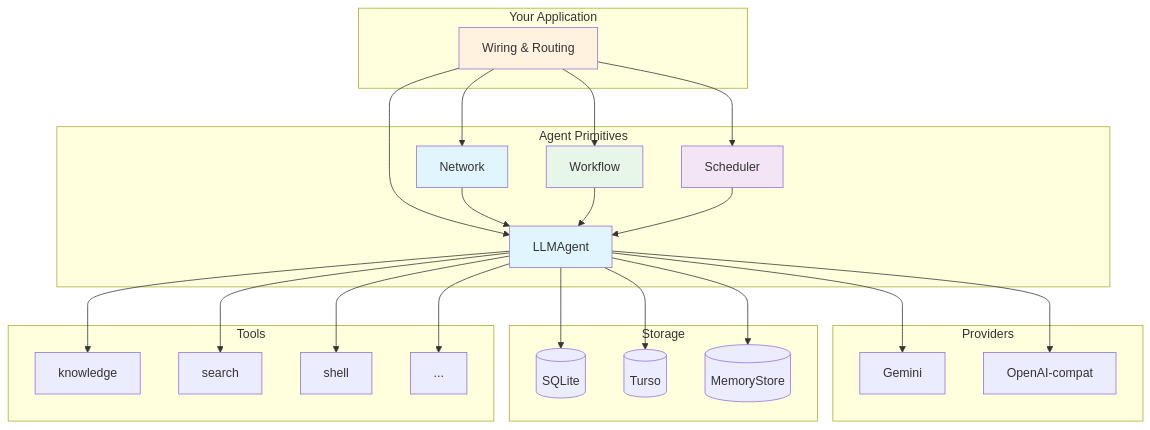
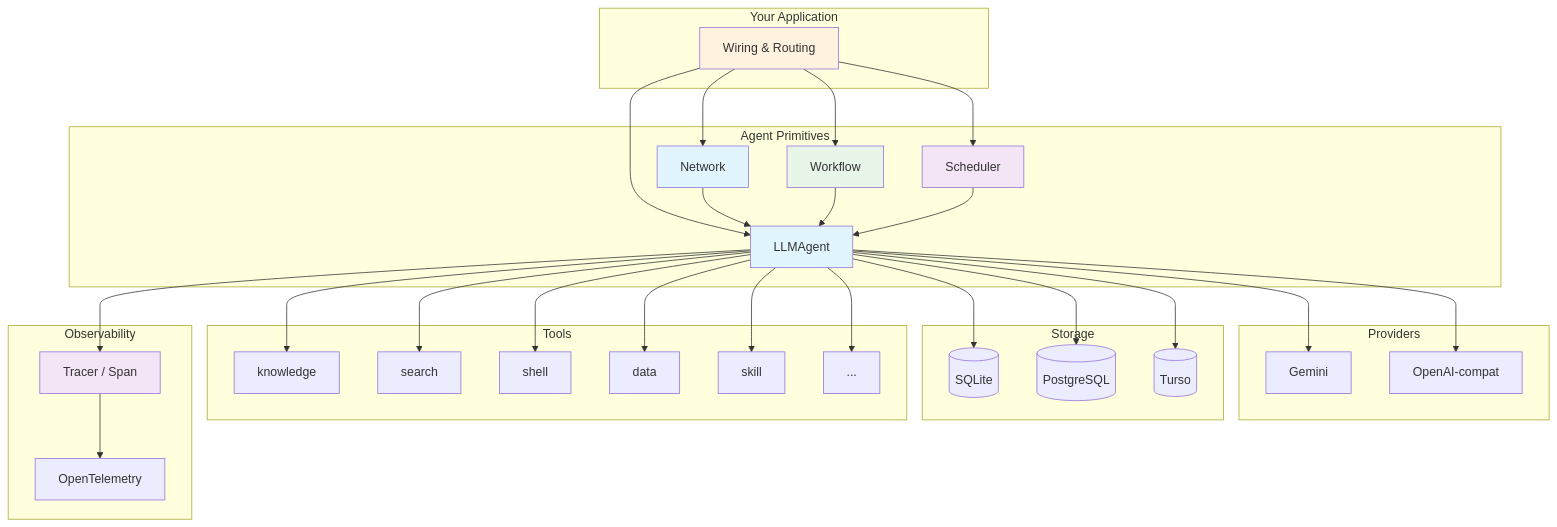
Before and after one commit to nevindra/oasis: the first of 2 diagrams in docs/concepts/index.md, drawn with Mermaid. The commit also changed other lines of this file and 25 other files, not shown here.

````diff
--- a/docs/concepts/index.md
+++ b/docs/concepts/index.md
@@ -7,54 +7,66 @@
 ```mermaid
 graph TB
     subgraph "Your Application"
         APP[Wiring & Routing]
     end
 
     subgraph "Agent Primitives"
         AGENT[LLMAgent]
         NET[Network]
         WF[Workflow]
         SCHED[Scheduler]
     end
 
     subgraph Providers
         GEM[Gemini]
         OAI[OpenAI-compat]
     end
 
     subgraph Storage
         SQLITE[(SQLite)]
+        PG[(PostgreSQL)]
         LIBSQL[(Turso)]
-        MEMSQL[(MemoryStore)]
     end
 
     subgraph Tools
         KNOW[knowledge]
         SEARCH[search]
         SHELL[shell]
+        DATA[data]
+        SKILL[skill]
         MORE[...]
+    end
+
+    subgraph "Observability"
+        TRACER["Tracer / Span"]
+        OTEL[OpenTelemetry]
     end
 
     APP --> AGENT
     APP --> NET
     APP --> WF
     APP --> SCHED
     AGENT --> GEM
     AGENT --> OAI
     NET --> AGENT
     WF --> AGENT
     SCHED --> AGENT
     AGENT --> SQLITE
+    AGENT --> PG
     AGENT --> LIBSQL
-    AGENT --> MEMSQL
     AGENT --> KNOW
     AGENT --> SEARCH
     AGENT --> SHELL
+    AGENT --> DATA
+    AGENT --> SKILL
     AGENT --> MORE
+    AGENT --> TRACER
+    TRACER --> OTEL
 
     style APP fill:#fff3e0
     style AGENT fill:#e1f5fe
     style NET fill:#e1f5fe
     style WF fill:#e8f5e9
     style SCHED fill:#f3e5f5
+    style TRACER fill:#f3e5f5
 ```
````
